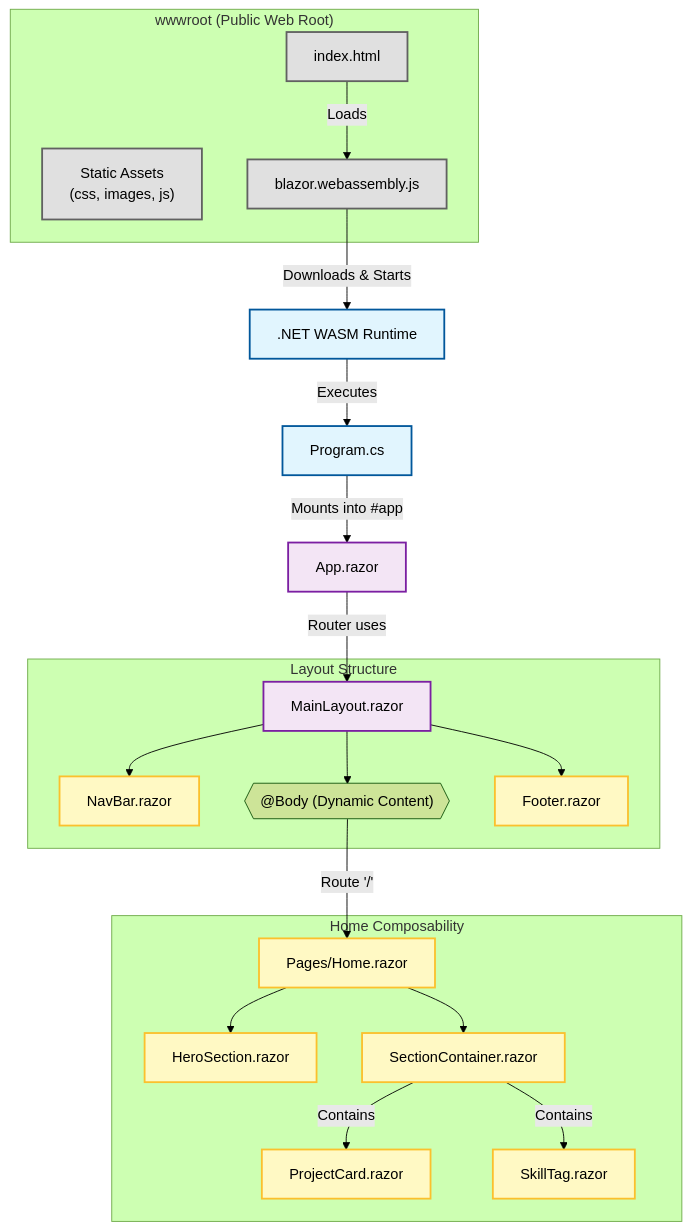
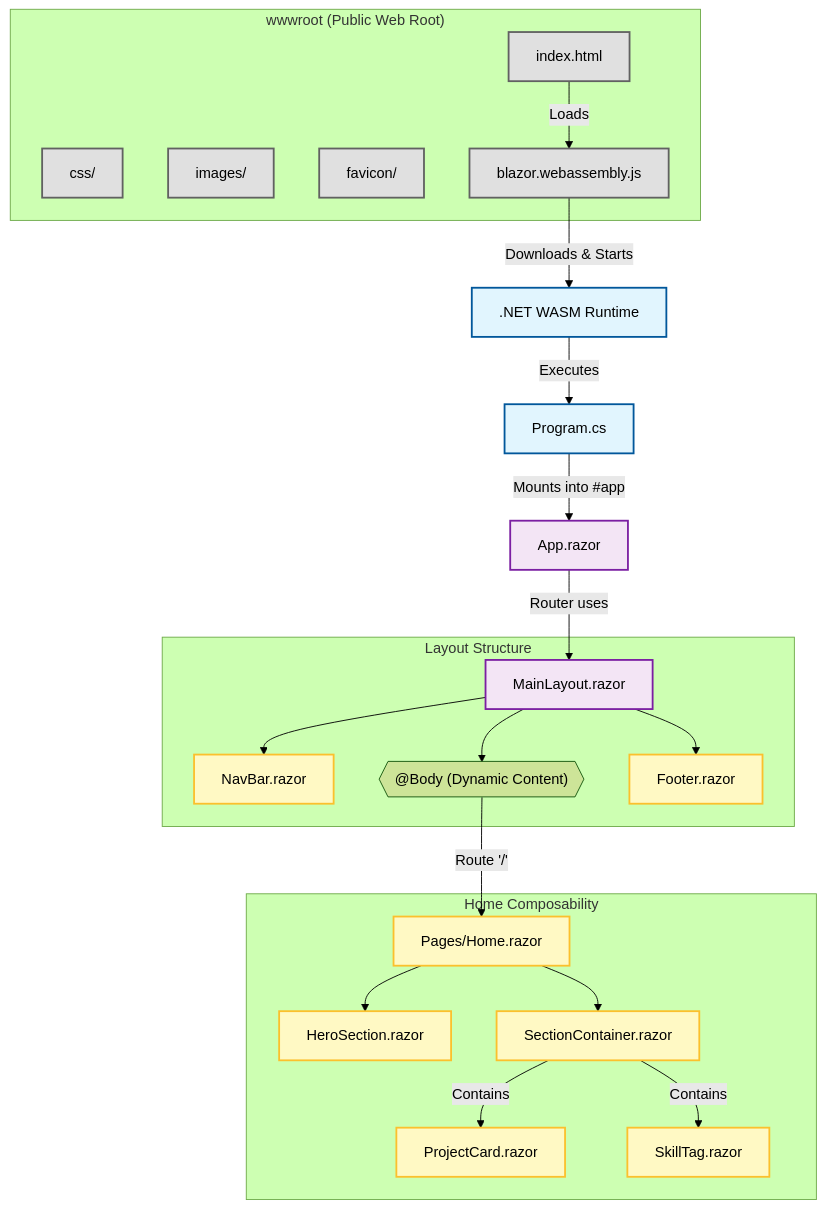
One commit to armckinney/armckinney.github.io changed the diagram in docs/README.md. Above: the diagram before and after it, drawn with Mermaid (forest theme). The commit also changed 47 other files, not shown here.

Commit message:
chore: Delete numerous frontend assets and SASS files, updating READMEs, launch settings, and index.html.

````diff
--- a/docs/README.md
+++ b/docs/README.md
@@ -3,49 +3,51 @@
 ```mermaid
 graph TD
     %% Browser / Static Hosting Layer
     subgraph wwwroot ["wwwroot (Public Web Root)"]
         Index["index.html"]
-        Assets["Static Assets<br/>(css, images, js)"]
+        Css["css/"]
+        Images["images/"]
+        Favicon["favicon/"]
         BlazorJS["blazor.webassembly.js"]
     end
 
     %% Bootstrapping
     Index -->|Loads| BlazorJS
     BlazorJS -->|Downloads & Starts| Runtime[".NET WASM Runtime"]
     Runtime -->|Executes| Program["Program.cs"]
     
     %% Main Application Flow
     Program -->|Mounts into #app| App["App.razor"]
     App -->|Router uses| Layout["MainLayout.razor"]
     
     %% Layout Structure
     subgraph LayoutStructure ["Layout Structure"]
         Layout --> NavBar["NavBar.razor"]
         Layout --> Body{{"@Body (Dynamic Content)"}}
         Layout --> Footer["Footer.razor"]
     end
 
     %% Page Injection
     Body -->|Route '/'| Home["Pages/Home.razor"]
 
     %% Component Usage in Home
     subgraph HomeComposability ["Home Composability"]
         Home --> Hero["HeroSection.razor"]
         Home --> Section["SectionContainer.razor"]
         
         %% Nesting
         Section -->|Contains| Card["ProjectCard.razor"]
         Section -->|Contains| Skill["SkillTag.razor"]
     end
 
     %% Styling
     classDef main fill:#e1f5fe,stroke:#01579b,stroke-width:2px;
     classDef component fill:#fff9c4,stroke:#fbc02d,stroke-width:2px;
     classDef core fill:#f3e5f5,stroke:#7b1fa2,stroke-width:2px;
     classDef static fill:#e0e0e0,stroke:#616161,stroke-width:2px;
     
     class Home,NavBar,Footer,Hero,Section,Card,Skill component;
     class Layout,App core;
     class Program,Runtime main;
-    class Index,Assets,BlazorJS static;
+    class Index,Css,Images,Favicon,BlazorJS static;
 ```
````
